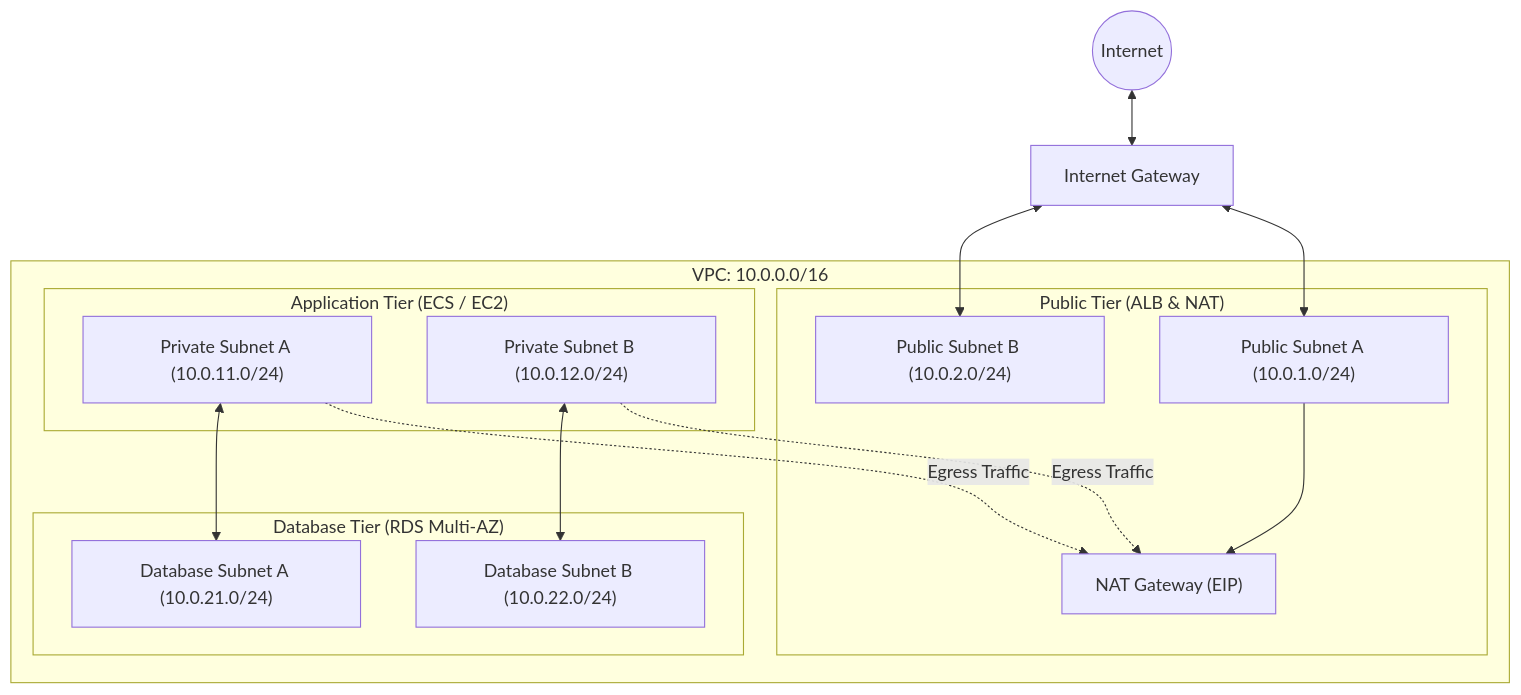
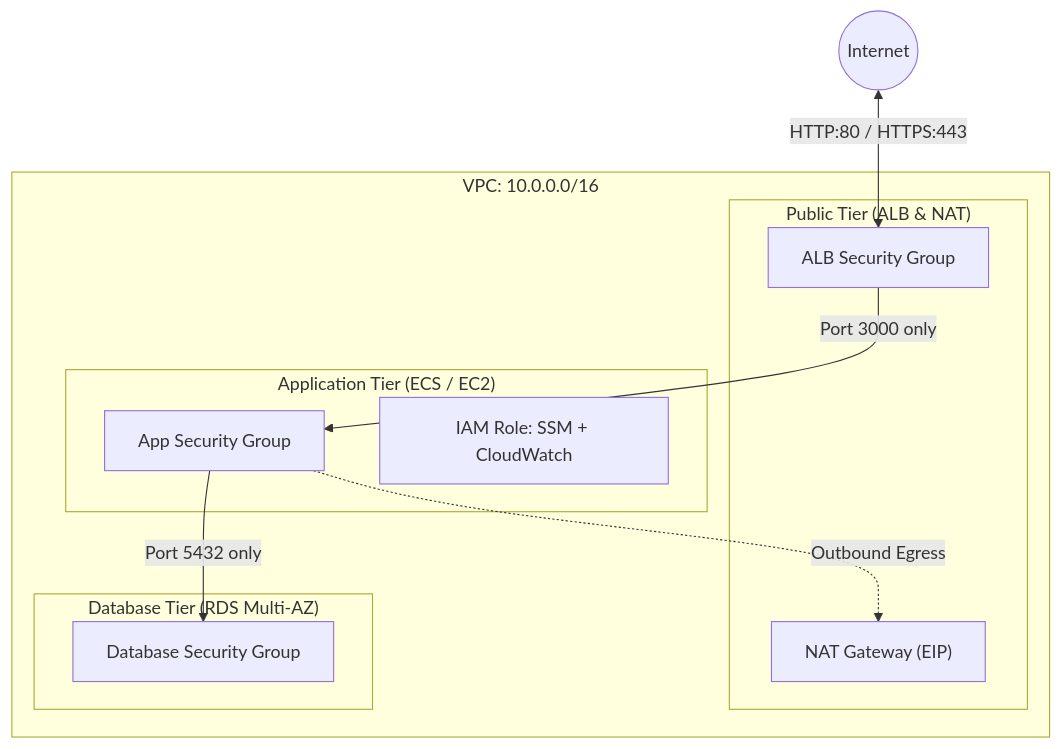
Before and after one commit to Casiati/terraform-aws-hands-on: the diagram in README.md, drawn with Mermaid. The commit also changed other lines of this file and 6 other files, not shown here.

Commit message:
feat(security): implement least-privilege security groups and SSM IAM role

````diff
--- a/README.md
+++ b/README.md
@@ -13,32 +13,24 @@
 ```mermaid
 flowchart TD
-    Internet((Internet)) <--> IGW[Internet Gateway]
+    Internet((Internet)) <-->|HTTP:80 / HTTPS:443| ALB_SG[ALB Security Group]
     
     subgraph VPC ["VPC: 10.0.0.0/16"]
         subgraph PublicTier ["Public Tier (ALB & NAT)"]
-            PublicSubnetA["Public Subnet A (10.0.1.0/24)"]
-            PublicSubnetB["Public Subnet B (10.0.2.0/24)"]
+            ALB_SG
             NAT["NAT Gateway (EIP)"]
         end
 
         subgraph PrivateTier ["Application Tier (ECS / EC2)"]
-            PrivateSubnetA["Private Subnet A (10.0.11.0/24)"]
-            PrivateSubnetB["Private Subnet B (10.0.12.0/24)"]
+            APP_SG[App Security Group]
+            APP_IAM[IAM Role: SSM + CloudWatch]
         end
 
         subgraph DatabaseTier ["Database Tier (RDS Multi-AZ)"]
-            DBSubnetA["Database Subnet A (10.0.21.0/24)"]
-            DBSubnetB["Database Subnet B (10.0.22.0/24)"]
+            DB_SG[Database Security Group]
         end
     end
 
-    IGW <--> PublicSubnetA
-    IGW <--> PublicSubnetB
-    PublicSubnetA --> NAT
-    
-    PrivateSubnetA -. Egress Traffic .-> NAT
-    PrivateSubnetB -. Egress Traffic .-> NAT
-
-    PrivateSubnetA <--> DBSubnetA
-    PrivateSubnetB <--> DBSubnetB
+    ALB_SG -->|Port 3000 only| APP_SG
+    APP_SG -->|Port 5432 only| DB_SG
+    APP_SG -. Outbound Egress .-> NAT
 ```
````
